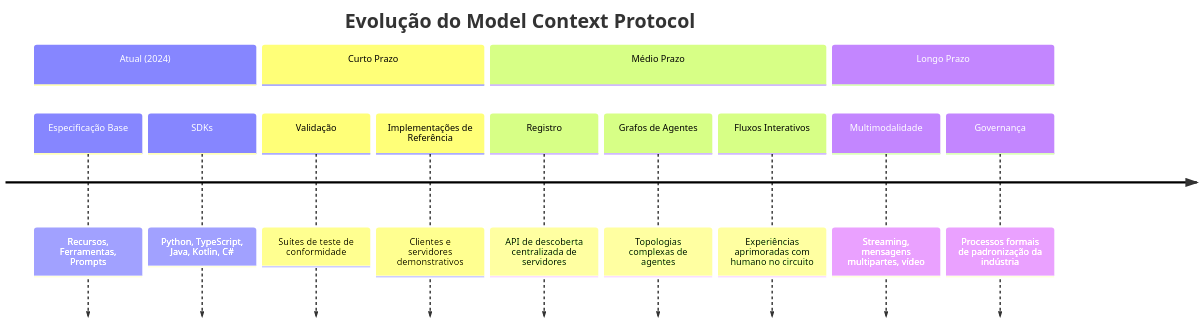
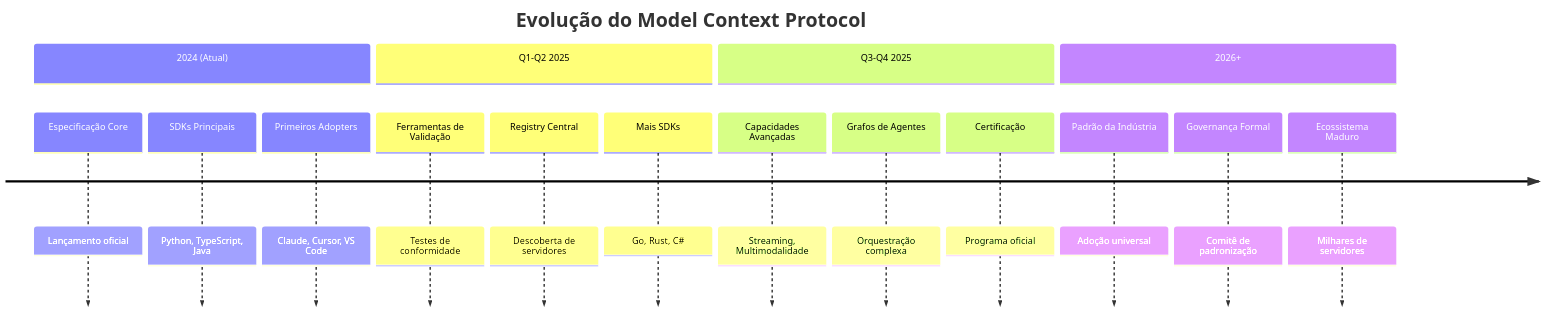
One commit to felipepimentel/my-public-notes changed diagram 15 of 16 in AI/Comunicação/MCP/00-mcp-presentation-zero to hero.md. Above: the diagram before and after it, drawn with Mermaid. The commit also changed other lines of this file, not shown here.

````diff
--- a/AI/Comunicação/MCP/00-mcp-presentation-zero to hero.md
+++ b/AI/Comunicação/MCP/00-mcp-presentation-zero to hero.md
@@ -464,17 +450,24 @@
 ```mermaid
 timeline
     title Evolução do Model Context Protocol
-    section Atual (2024)
-      Especificação Base : Recursos, Ferramentas, Prompts
-      SDKs : Python, TypeScript, Java, Kotlin, C#
-    section Curto Prazo
-      Validação : Suítes de teste de conformidade
-      Implementações de Referência : Clientes e servidores demonstrativos
-    section Médio Prazo
-      Registro : API de descoberta centralizada de servidores
-      Grafos de Agentes : Topologias complexas de agentes
-      Fluxos Interativos : Experiências aprimoradas com humano no circuito
-    section Longo Prazo
-      Multimodalidade : Streaming, mensagens multipartes, vídeo
-      Governança : Processos formais de padronização da indústria
+    
+    section 2024 (Atual)
+      Especificação Core : Lançamento oficial
+      SDKs Principais : Python, TypeScript, Java
+      Primeiros Adopters : Claude, Cursor, VS Code
+    
+    section Q1-Q2 2025
+      Ferramentas de Validação : Testes de conformidade
+      Registry Central : Descoberta de servidores
+      Mais SDKs : Go, Rust, C#
+    
+    section Q3-Q4 2025
+      Capacidades Avançadas : Streaming, Multimodalidade
+      Grafos de Agentes : Orquestração complexa
+      Certificação : Programa oficial
+    
+    section 2026+
+      Padrão da Indústria : Adoção universal
+      Governança Formal : Comitê de padronização
+      Ecossistema Maduro : Milhares de servidores
 ```
````
